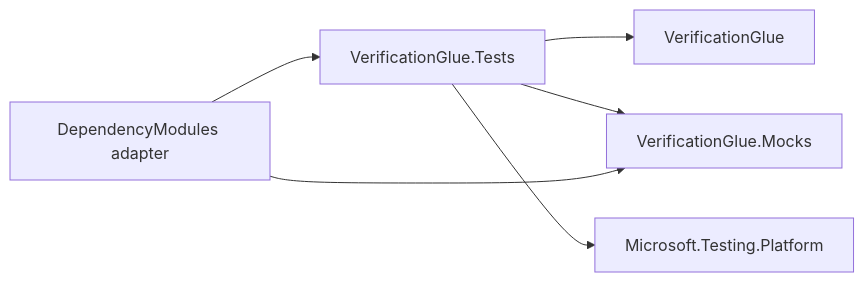
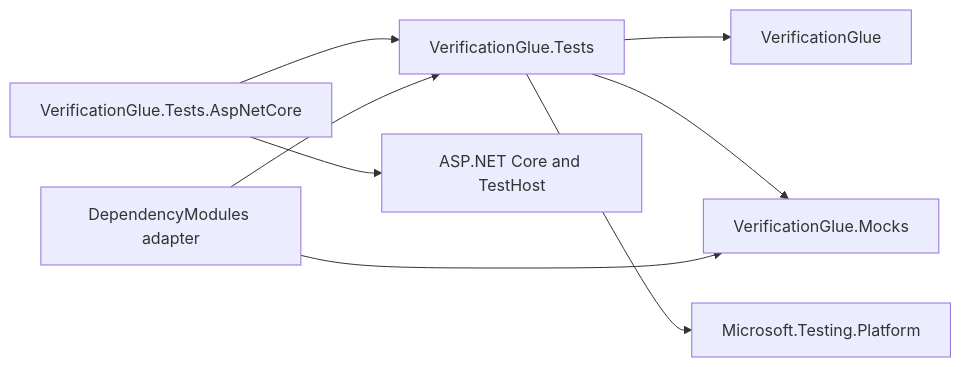
The diagram in docs/north-star.md (ipjohnson/VerificationGlue), drawn with Mermaid before and after one commit. The commit also changed other lines of this file and 3 other files, not shown here.

First line of the commit message:
Design VerificationGlue.Tests.AspNetCore and add it to the north star

````diff
--- a/docs/north-star.md
+++ b/docs/north-star.md
@@ -48,8 +50,10 @@
 ```mermaid
 flowchart LR
-    T["VerificationGlue.Tests"] --> V["VerificationGlue"]
+    A["VerificationGlue.Tests.AspNetCore"] --> T["VerificationGlue.Tests"]
+    A --> AC["ASP.NET Core and TestHost"]
+    T --> V["VerificationGlue"]
     T --> M["VerificationGlue.Mocks"]
     T --> P["Microsoft.Testing.Platform"]
     DM["DependencyModules adapter"] --> T
     DM --> M
 ```
````
